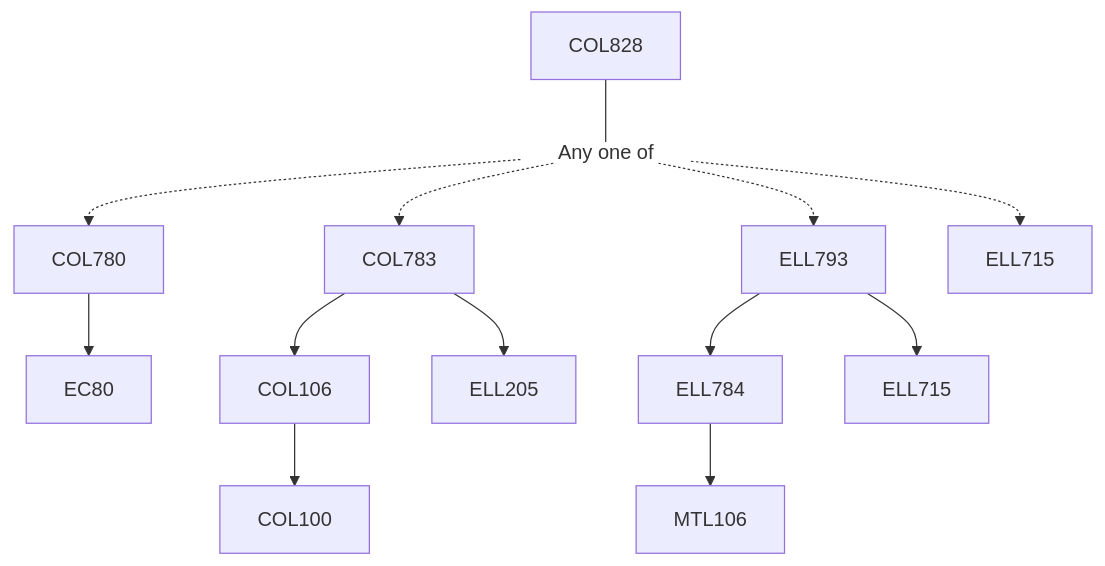
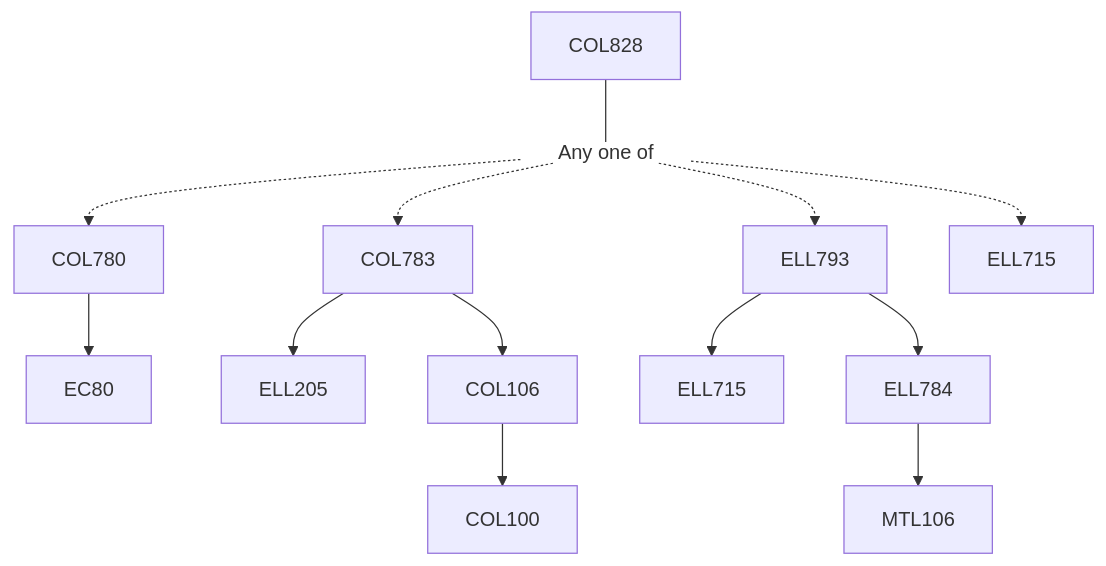
The diagram in content/Computer Science and Engineering/COL828.md (KeshavBansal0122/CoS_Website), drawn with Mermaid before and after one commit. The commit also changed other lines of this file and 2662 other files, not shown here.

````diff
--- a/content/Computer Science and Engineering/COL828.md
+++ b/content/Computer Science and Engineering/COL828.md
@@ -13,19 +13,19 @@
 ```mermaid
 flowchart TD
 COL828-933[COL828]
 COL828-933 --- Or934[Any one of]:::empty
+COL780-935 --> EC80-935[EC80]
 Or934 -.-> COL780-935[COL780]
-COL780-935 --> EC80-935[EC80]
+COL783-936 --> ELL205-936[ELL205]
+Or934 -.-> COL783-936[COL783]
 COL783-936 --> COL106-936[COL106]
 COL106-936 --> COL100-936[COL100]
-COL783-936 --> ELL205-936[ELL205]
-Or934 -.-> COL783-936[COL783]
+ELL793-937 --> ELL715-937[ELL715]
+ELL793-937 --> ELL784-937[ELL784]
 Or934 -.-> ELL793-937[ELL793]
 ELL784-937 --> MTL106-937[MTL106]
-ELL793-937 --> ELL784-937[ELL784]
-ELL793-937 --> ELL715-937[ELL715]
 Or934 -.-> ELL715-938[ELL715]
 
 classDef empty height:17px, fill:transparent, stroke:transparent;
 classDef trueEmpty height:0px, width:0px;
 ```
````
